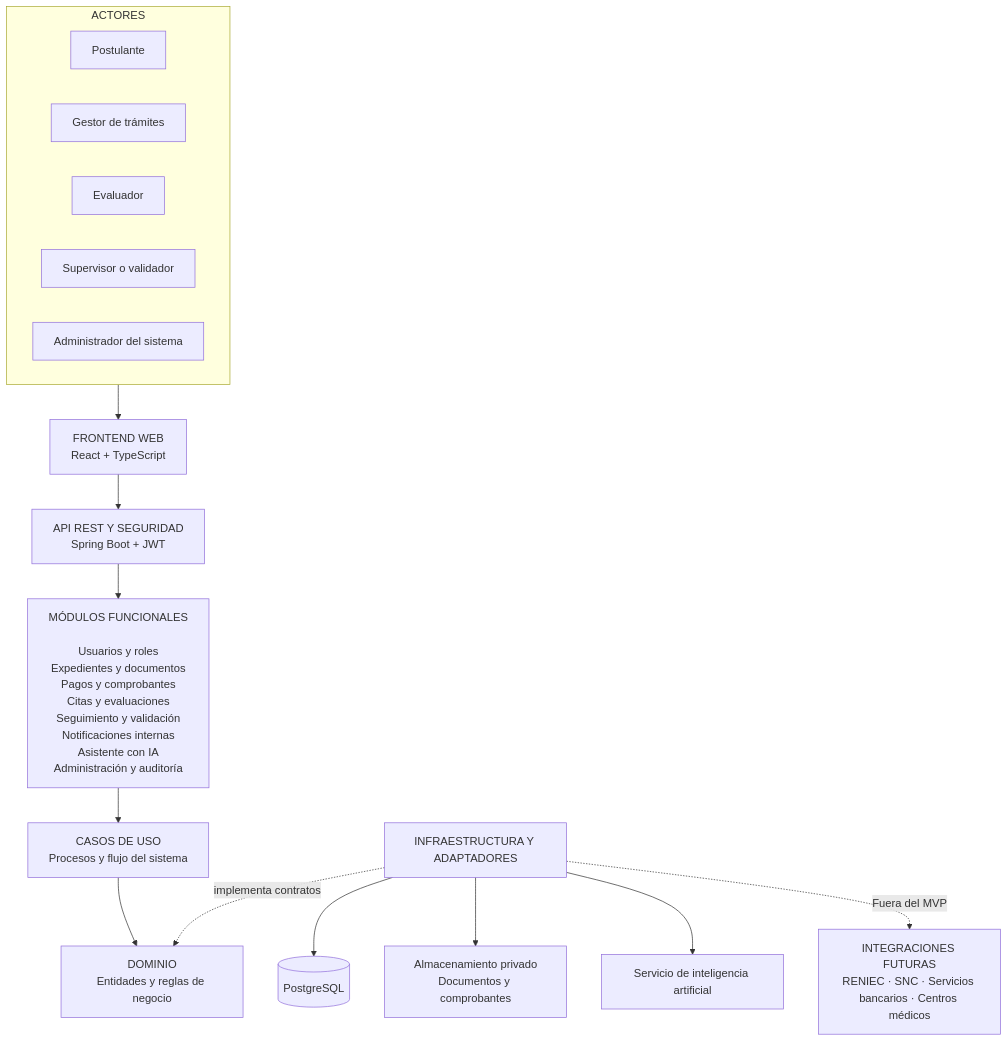
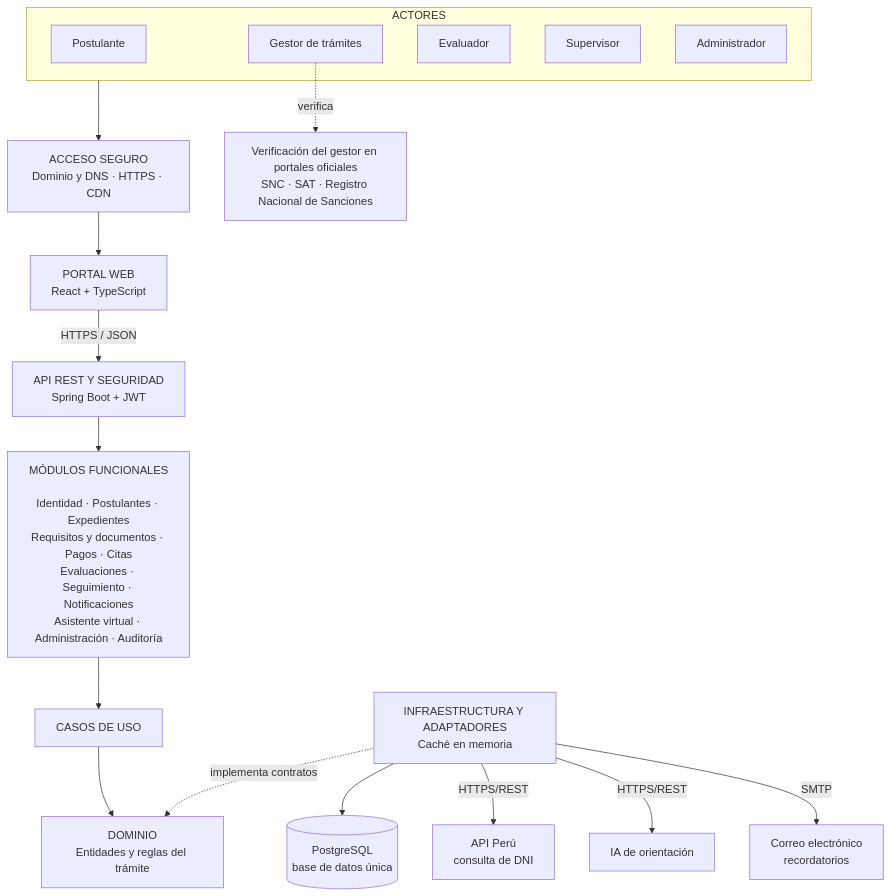
Before and after one commit to AdirNC-27/sistema-licencias-conducir-arquitectura: the diagram in docs/02-arquitectura-software/arquitectura-inicial.md, drawn with Mermaid. The commit also changed other lines of this file, not shown here.

Commit message:
docs: actualizar arquitectura inicial con API Perú, IA y correo

````diff
--- a/docs/02-arquitectura-software/arquitectura-inicial.md
+++ b/docs/02-arquitectura-software/arquitectura-inicial.md
@@ -9,42 +9,29 @@
 ```mermaid
 flowchart TB
     subgraph ACTORES["ACTORES"]
         A1["Postulante"]
         A2["Gestor de trámites"]
         A3["Evaluador"]
-        A4["Supervisor o validador"]
-        A5["Administrador del sistema"]
+        A4["Supervisor"]
+        A5["Administrador"]
     end
 
-    ACTORES --> FRONTEND
+    ACTORES --> ACCESO["ACCESO SEGURO<br/>Dominio y DNS · HTTPS · CDN"]
+    ACCESO --> FRONTEND["PORTAL WEB<br/>React + TypeScript"]
+    FRONTEND -- "HTTPS / JSON" --> API["API REST Y SEGURIDAD<br/>Spring Boot + JWT"]
 
-    FRONTEND["FRONTEND WEB<br/>React + TypeScript"]
+    API --> MODULOS["MÓDULOS FUNCIONALES<br/><br/>Identidad · Postulantes · Expedientes<br/>Requisitos y documentos · Pagos · Citas<br/>Evaluaciones · Seguimiento · Notificaciones<br/>Asistente virtual · Administración · Auditoría"]
+    MODULOS --> CASOS["CASOS DE USO"]
+    CASOS --> DOMINIO["DOMINIO<br/>Entidades y reglas del trámite"]
 
-    FRONTEND --> API
-
-    API["API REST Y SEGURIDAD<br/>Spring Boot + JWT"]
-
-    API --> MODULOS
-
-    MODULOS["MÓDULOS FUNCIONALES<br/><br/>Usuarios y roles<br/>Expedientes y documentos<br/>Pagos y comprobantes<br/>Citas y evaluaciones<br/>Seguimiento y validación<br/>Notificaciones internas<br/>Asistente con IA<br/>Administración y auditoría"]
-
-    MODULOS --> CASOS
-
-    CASOS["CASOS DE USO<br/>Procesos y flujo del sistema"]
-
-    CASOS --> DOMINIO
-
-    DOMINIO["DOMINIO<br/>Entidades y reglas de negocio"]
-
-    INFRA["INFRAESTRUCTURA Y ADAPTADORES"]
-
+    INFRA["INFRAESTRUCTURA Y ADAPTADORES<br/>Caché en memoria"]
     INFRA -. "implementa contratos" .-> DOMINIO
 
-    INFRA --> DB[("PostgreSQL")]
-    INFRA --> ARCHIVOS["Almacenamiento privado<br/>Documentos y comprobantes"]
-    INFRA --> IA["Servicio de inteligencia artificial"]
+    INFRA --> DB[("PostgreSQL<br/>base de datos única")]
+    INFRA -- "HTTPS/REST" --> APIPERU["API Perú<br/>consulta de DNI"]
+    INFRA -- "HTTPS/REST" --> IA["IA de orientación"]
+    INFRA -- "SMTP" --> CORREO["Correo electrónico<br/>recordatorios"]
 
-    FUTURO["INTEGRACIONES FUTURAS<br/>RENIEC · SNC · Servicios bancarios · Centros médicos"]
-
-    INFRA -. "Fuera del MVP" .-> FUTURO
+    GESTOR["Verificación del gestor en portales oficiales<br/>SNC · SAT · Registro Nacional de Sanciones"]
+    A2 -. "verifica" .-> GESTOR
 ```
````
